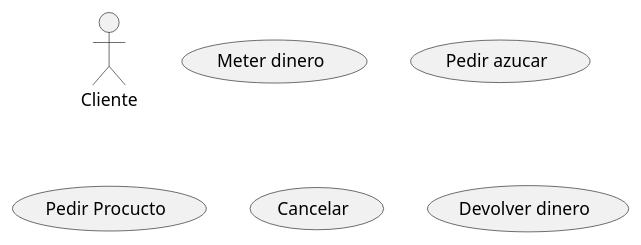
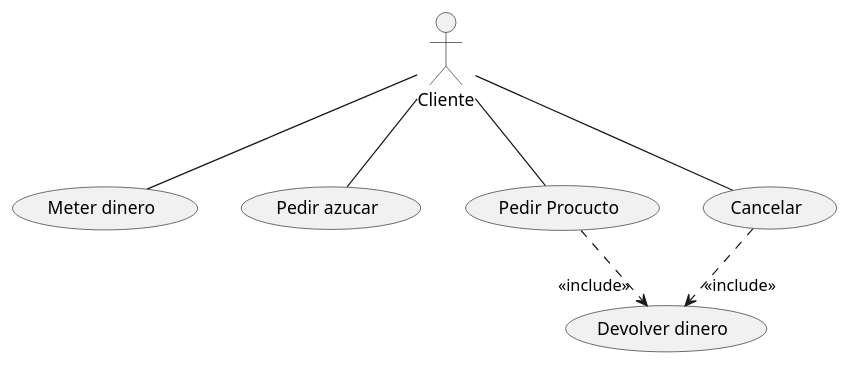
The diagram in src/Practica1.puml (moevius237/PracticaUML1), drawn with PlantUML before and after one commit.

Commit message:
Cuarto Commit ponemos todas las relaciones necesarias y asi el primero esta hecho

```diff
--- a/src/Practica1.puml
+++ b/src/Practica1.puml
@@ -1,8 +1,14 @@
 @startuml
 :Cliente:
 usecase (Meter dinero)
 usecase (Pedir azucar)
 usecase (Pedir Procucto)
 usecase (Cancelar)
 usecase (Devolver dinero)
+:Cliente: -- (Meter dinero)
+:Cliente: -- (Pedir azucar)
+:Cliente: -- (Pedir Procucto)
+:Cliente: -- (Cancelar)
+(Pedir Procucto) ..>"<<include>>" (Devolver dinero)
+(Cancelar) ..>"<<include>>" (Devolver dinero)
 @enduml
```
